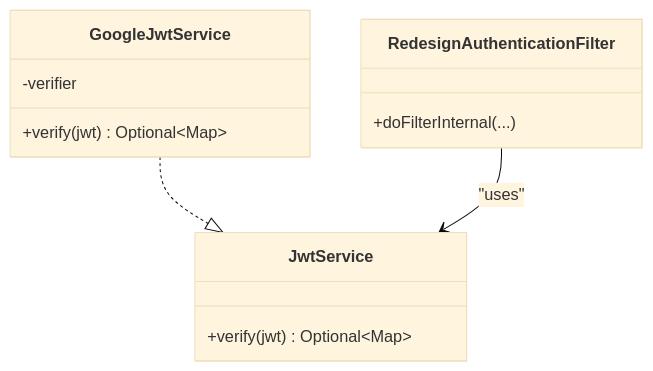
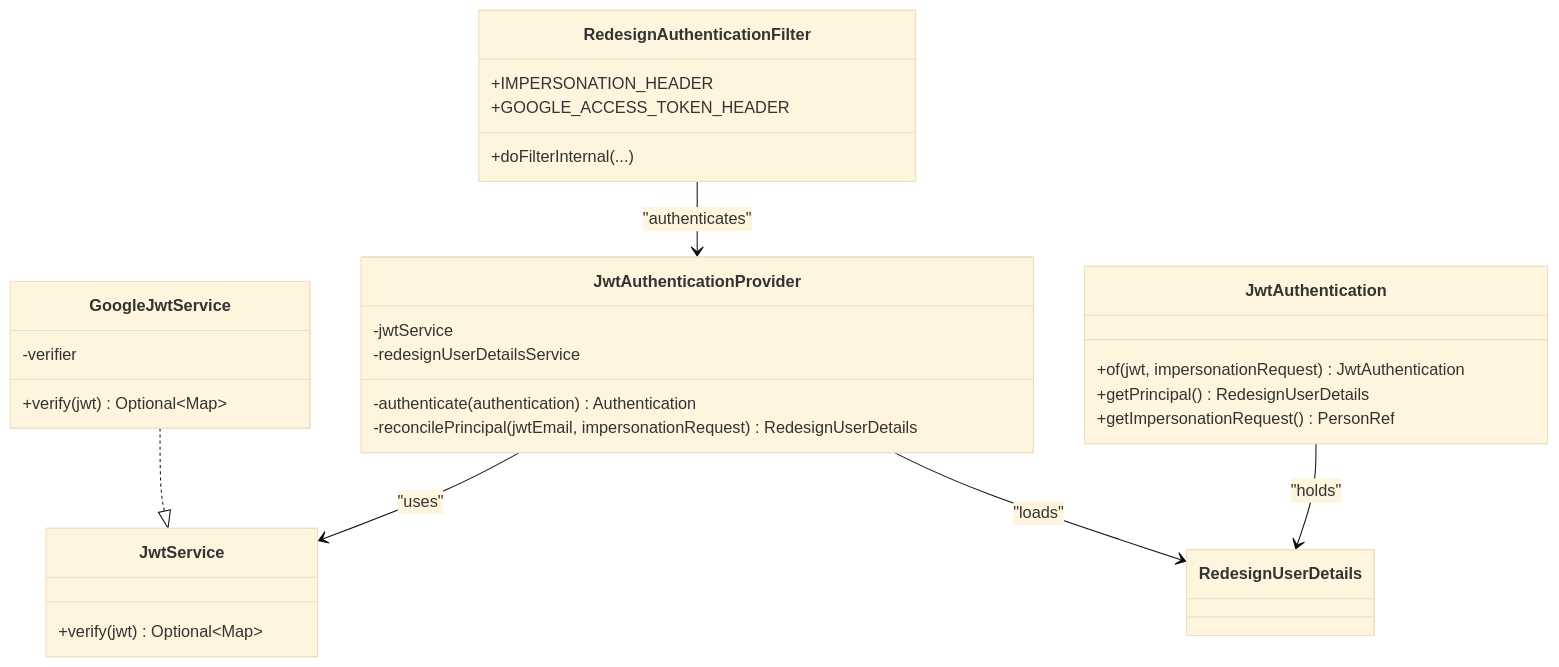
The fourth of 8 diagrams in .qoder/repowiki/en/content/Authentication & Authorization.md (effinrich/rh-nx-monorepo), drawn with Mermaid (base theme) before and after one commit. The commit also changed other lines of this file and 130 other files, not shown here.

````diff
--- a/.qoder/repowiki/en/content/Authentication & Authorization.md
+++ b/.qoder/repowiki/en/content/Authentication & Authorization.md
@@ -162,15 +182,31 @@
 ```mermaid
 classDiagram
 class JwtService {
 +verify(jwt) Optional~Map~
 }
 class GoogleJwtService {
 -verifier
 +verify(jwt) Optional~Map~
 }
+class JwtAuthenticationProvider {
+-jwtService
+-redesignUserDetailsService
+-authenticate(authentication) Authentication
+-reconcilePrincipal(jwtEmail, impersonationRequest) RedesignUserDetails
+}
 class RedesignAuthenticationFilter {
 +doFilterInternal(...)
++IMPERSONATION_HEADER
++GOOGLE_ACCESS_TOKEN_HEADER
+}
+class JwtAuthentication {
++of(jwt, impersonationRequest) JwtAuthentication
++getPrincipal() RedesignUserDetails
++getImpersonationRequest() PersonRef
 }
 GoogleJwtService ..|> JwtService
-RedesignAuthenticationFilter --> JwtService : "uses"
+JwtAuthenticationProvider --> JwtService : "uses"
+JwtAuthenticationProvider --> RedesignUserDetails : "loads"
+RedesignAuthenticationFilter --> JwtAuthenticationProvider : "authenticates"
+JwtAuthentication --> RedesignUserDetails : "holds"
 ```
````
